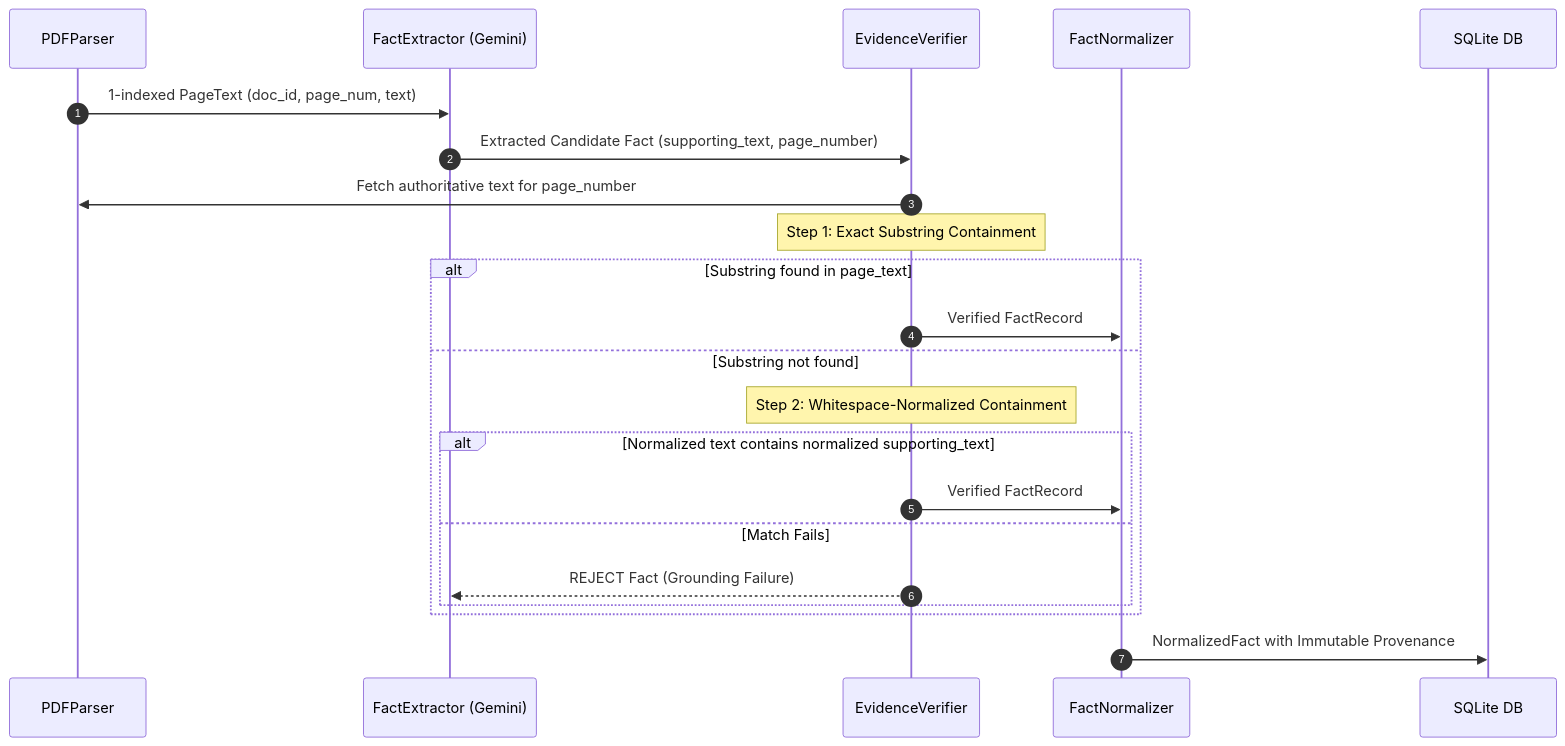
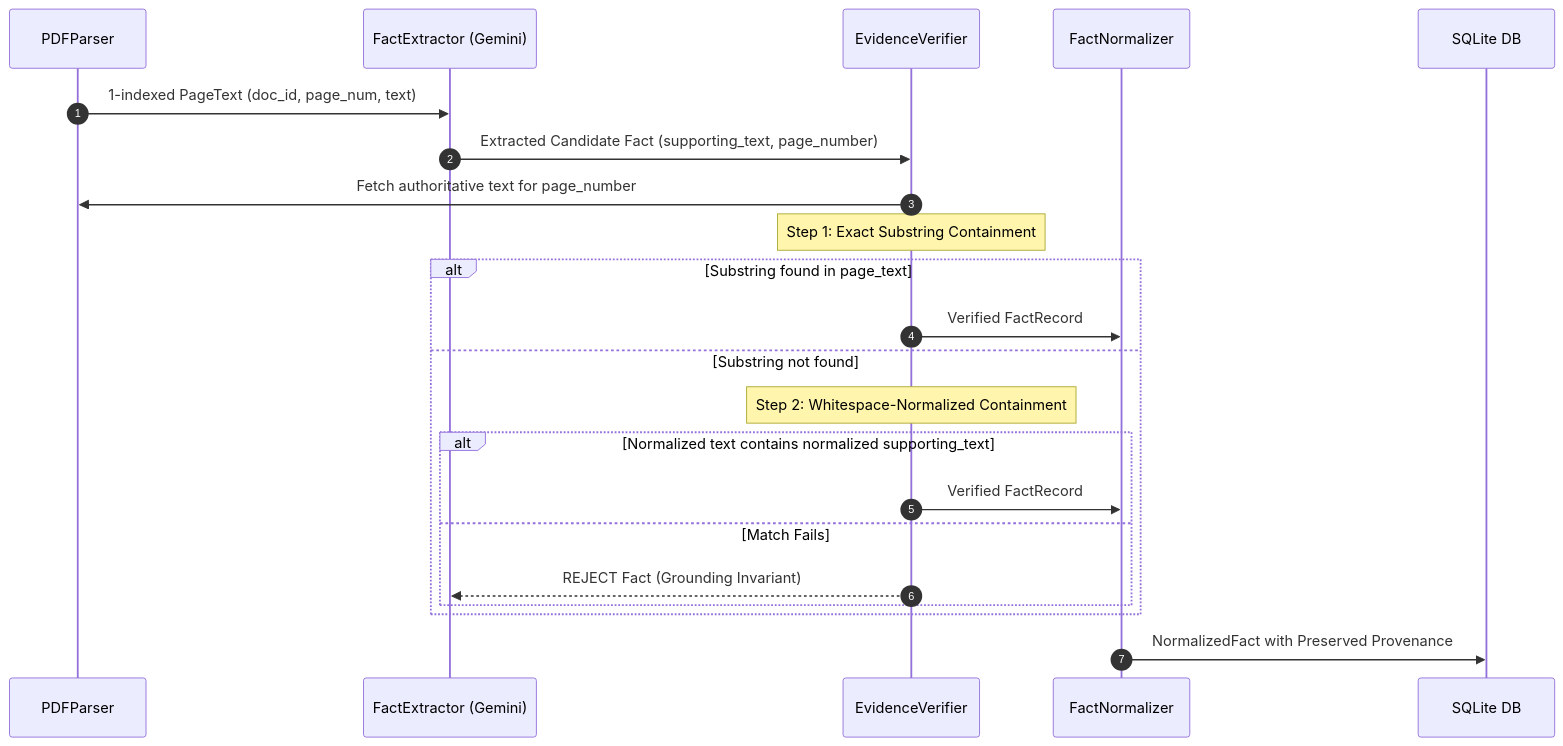
Before and after one commit to VaishnavSreekumar/FACTLINE: the fourth of 8 diagrams in docs/architecture.md, drawn with Mermaid. The commit also changed other lines of this file and 1 other file, not shown here.

Commit message:
docs: complete final documentation fact-check, update 8 comparability dimensions, PyMuPDF dependency, and validate all 13 Mermaid diagrams

````diff
--- a/docs/architecture.md
+++ b/docs/architecture.md
@@ -236,25 +237,25 @@
 ```mermaid
 sequenceDiagram
     autonumber
     participant PDF as PDFParser
     participant FE as FactExtractor (Gemini)
     participant EV as EvidenceVerifier
     participant NM as FactNormalizer
     participant DB as SQLite DB
 
     PDF->>FE: 1-indexed PageText (doc_id, page_num, text)
     FE->>EV: Extracted Candidate Fact (supporting_text, page_number)
     EV->>PDF: Fetch authoritative text for page_number
     Note over EV: Step 1: Exact Substring Containment
     alt Substring found in page_text
         EV->>NM: Verified FactRecord
     else Substring not found
         Note over EV: Step 2: Whitespace-Normalized Containment
         alt Normalized text contains normalized supporting_text
             EV->>NM: Verified FactRecord
         else Match Fails
-            EV-->>FE: REJECT Fact (Grounding Failure)
+            EV-->>FE: REJECT Fact (Grounding Invariant)
         end
     end
-    NM->>DB: NormalizedFact with Immutable Provenance
+    NM->>DB: NormalizedFact with Preserved Provenance
 ```
````
